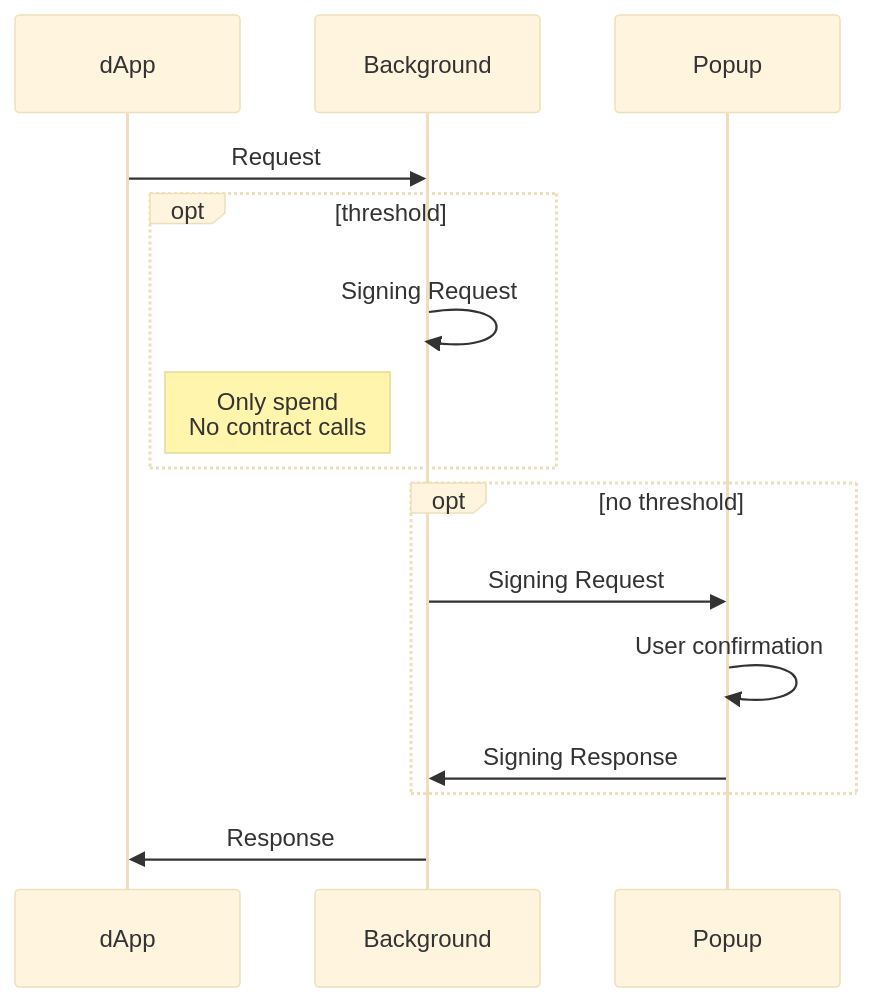
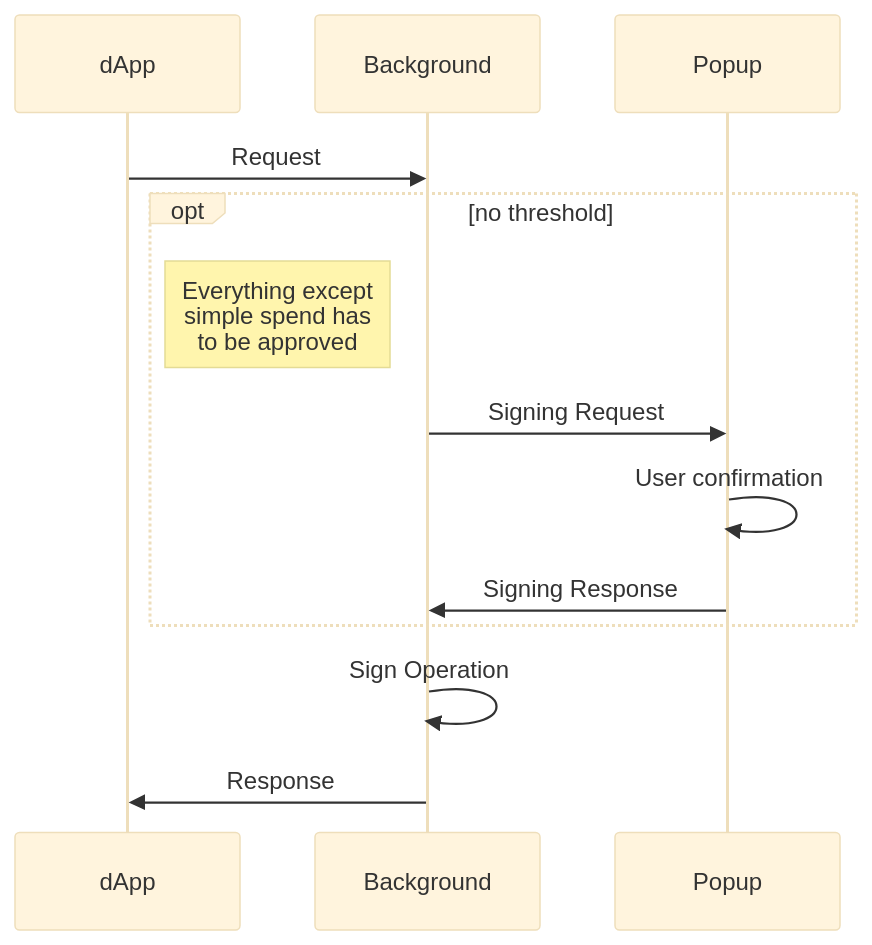
One commit to airgap-it/beacon-sdk changed the fourth of 5 diagrams in flows/LocalMnemonic.md. Above: the diagram before and after it, drawn with Mermaid (base theme). The commit also changed other lines of this file and 3 other files, not shown here.

Commit message:
feat(flows): update flows

````diff
--- a/flows/LocalMnemonic.md
+++ b/flows/LocalMnemonic.md
@@ -48,14 +47,14 @@
 ```mermaid
 sequenceDiagram
     dApp->>Background: Request
-    opt threshold
-        Background->>Background: Signing Request
-        Note left of Background: Only spend<br/>No contract calls
-    end
     opt no threshold
+        Note left of Background: Everything except<br/>simple spend has<br/>to be approved
         Background->>Popup: Signing Request
         Popup->>Popup: User confirmation
         Popup->>Background: Signing Response
     end
+
+    Background->>Background: Sign Operation
+
     Background->>dApp: Response
 ```
````
